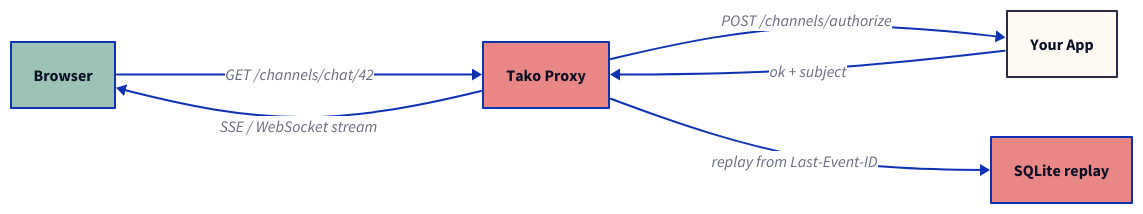
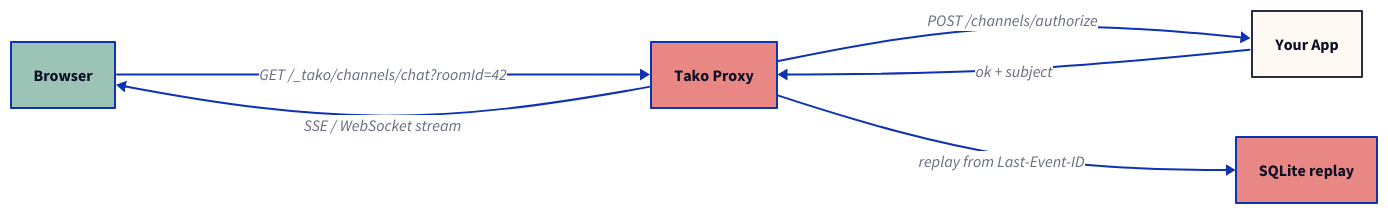
One commit to tako-sh/tako changed the diagram in website/src/content/blog/self-hosted-pusher-alternative.md. Above: the diagram before and after it, drawn with D2. The commit also changed other lines of this file and 60 other files, not shown here.

````diff
--- a/website/src/content/blog/self-hosted-pusher-alternative.md
+++ b/website/src/content/blog/self-hosted-pusher-alternative.md
@@ -83,14 +83,14 @@
 ```d2
 direction: right
 
 client: Browser {style.fill: "#9BC4B6"; style.font-size: 16}
 proxy: Tako Proxy {style.fill: "#E88783"; style.font-size: 16}
 app: Your App {style.fill: "#FFF9F4"; style.stroke: "#2F2A44"; style.font-size: 16}
 store: SQLite replay {style.fill: "#E88783"; style.font-size: 16}
 
-client -> proxy: "GET /channels/chat/42"
+client -> proxy: "GET /_tako/channels/chat?roomId=42"
 proxy -> app: "POST /channels/authorize"
 app -> proxy: "ok + subject"
 proxy -> store: "replay from Last-Event-ID"
 proxy -> client: "SSE / WebSocket stream"
 ```
````
